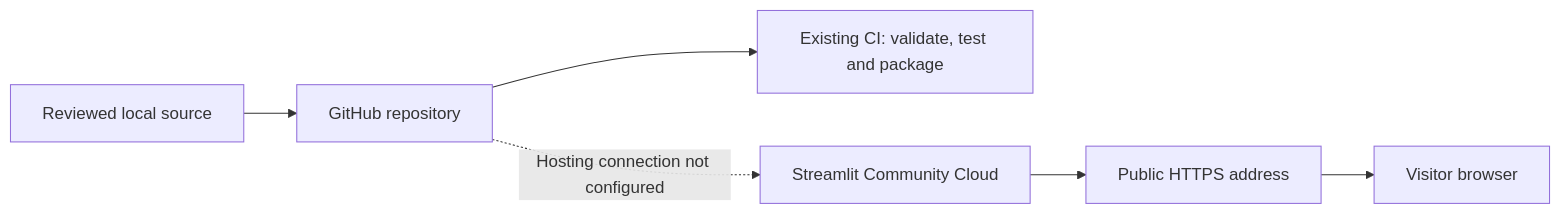
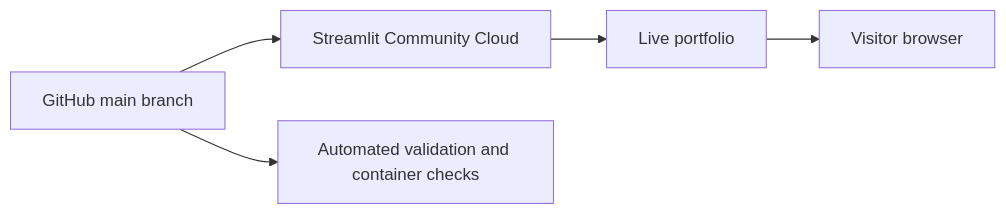
Before and after one commit to abskyblu-create/BNP_AI_Analyst_Transformation_Portfolio: the fourth of 4 diagrams in README.md, drawn with Mermaid. The commit also changed other lines of this file, not shown here.

Commit message:
Improve public README with live portfolio and focused project guidance

````diff
--- a/README.md
+++ b/README.md
@@ -414,8 +384,7 @@
 ```mermaid
 flowchart LR
-    L[Reviewed local source] --> G[GitHub repository]
-    G --> CI[Existing CI: validate, test and package]
-    G -. Hosting connection not configured .-> H[Streamlit Community Cloud]
-    H --> U[Public HTTPS address]
+    G[GitHub main branch] --> H[Streamlit Community Cloud]
+    H --> U[Live portfolio]
     U --> V[Visitor browser]
+    G --> CI[Automated validation and container checks]
 ```
````
